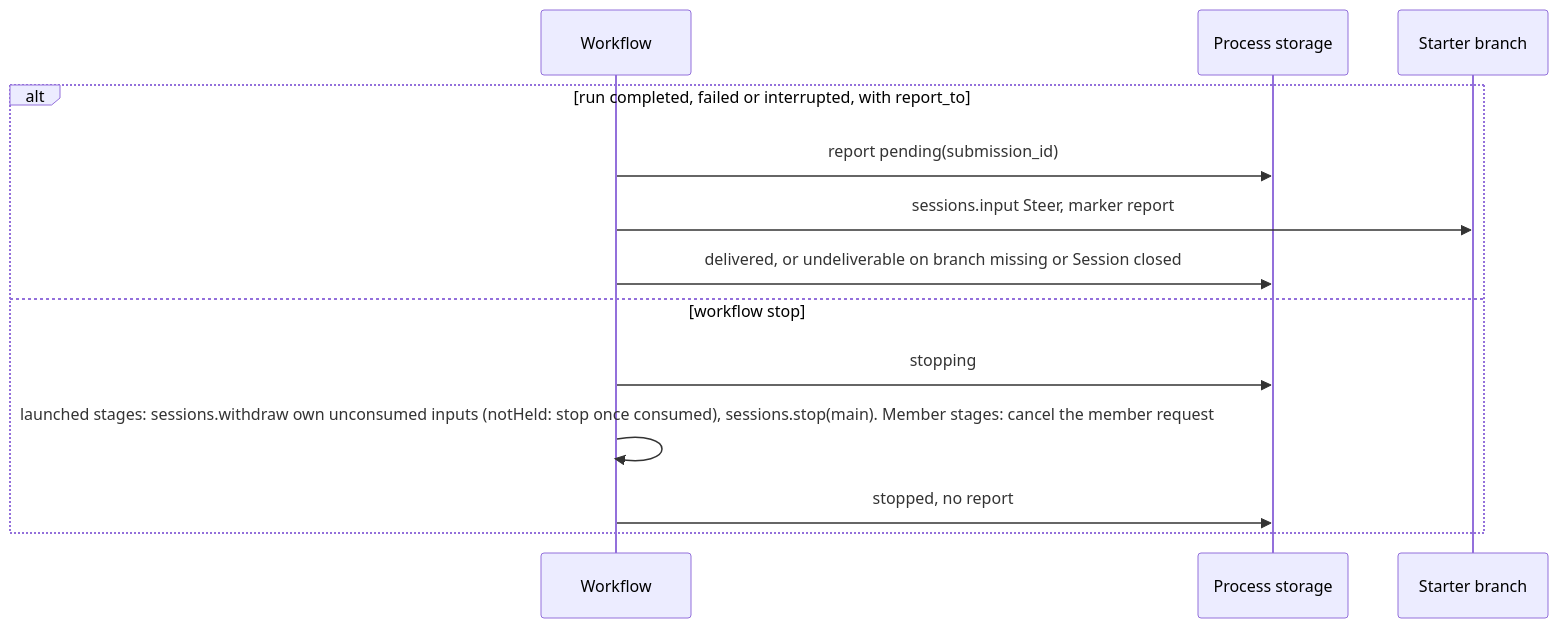
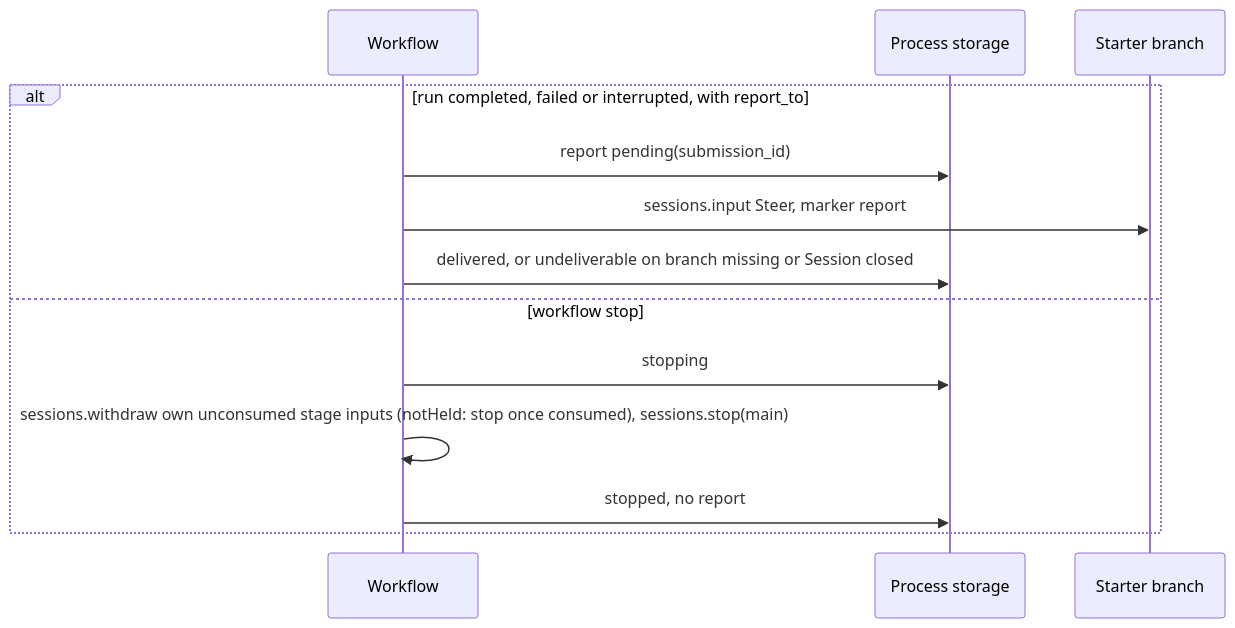
One commit to CoutinhoTTS/dim-agent changed the fourth of 6 diagrams in docs/design/plugins/Workflow.md. Above: the diagram before and after it, drawn with Mermaid. The commit also changed other lines of this file and 40 other files, not shown here.

````diff
--- a/docs/design/plugins/Workflow.md
+++ b/docs/design/plugins/Workflow.md
@@ -121,15 +119,15 @@
 ```mermaid
 sequenceDiagram
   participant WF as Workflow
   participant ST as Process storage
   participant STB as Starter branch
   alt run completed, failed or interrupted, with report_to
     WF->>ST: report pending(submission_id)
     WF->>STB: sessions.input Steer, marker report
     WF->>ST: delivered, or undeliverable on branch missing or Session closed
   else workflow stop
     WF->>ST: stopping
-    WF->>WF: launched stages: sessions.withdraw own unconsumed inputs (notHeld: stop once consumed), sessions.stop(main). Member stages: cancel the member request
+    WF->>WF: sessions.withdraw own unconsumed stage inputs (notHeld: stop once consumed), sessions.stop(main)
     WF->>ST: stopped, no report
   end
 ```
````
